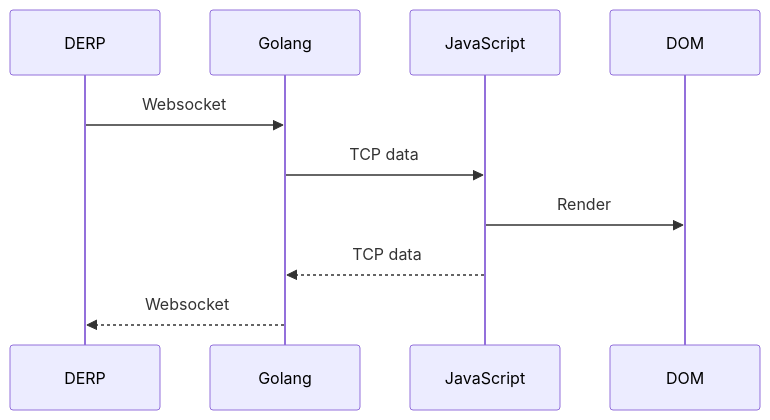
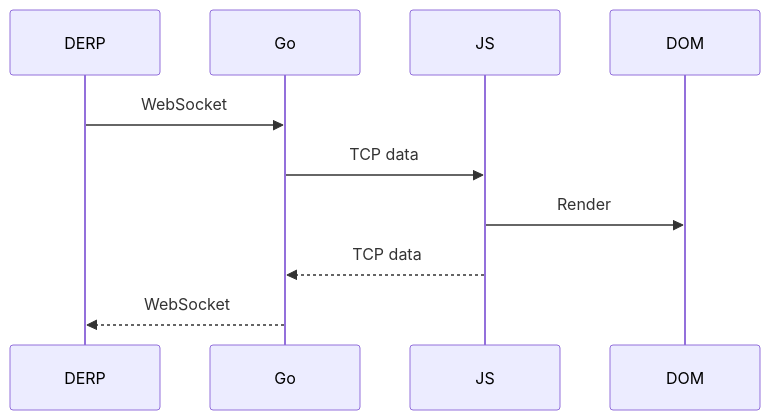
Before and after one commit to rickli-cloud/headscale-console: the second of 4 diagrams in README.md, drawn with Mermaid. The commit also changed other lines of this file, not shown here.

````diff
--- a/README.md
+++ b/README.md
@@ -163,9 +169,9 @@
 ```mermaid
-  sequenceDiagram
-    DERP ->> Golang: Websocket
-    Golang ->> JavaScript: TCP data
-    JavaScript ->> DOM: Render
+sequenceDiagram
+    DERP ->> Go: WebSocket
+    Go ->> JS: TCP data
+    JS ->> DOM: Render
 
-    JavaScript -->> Golang: TCP data
-    Golang -->> DERP: Websocket
+    JS -->> Go: TCP data
+    Go -->> DERP: WebSocket
 ```
````
